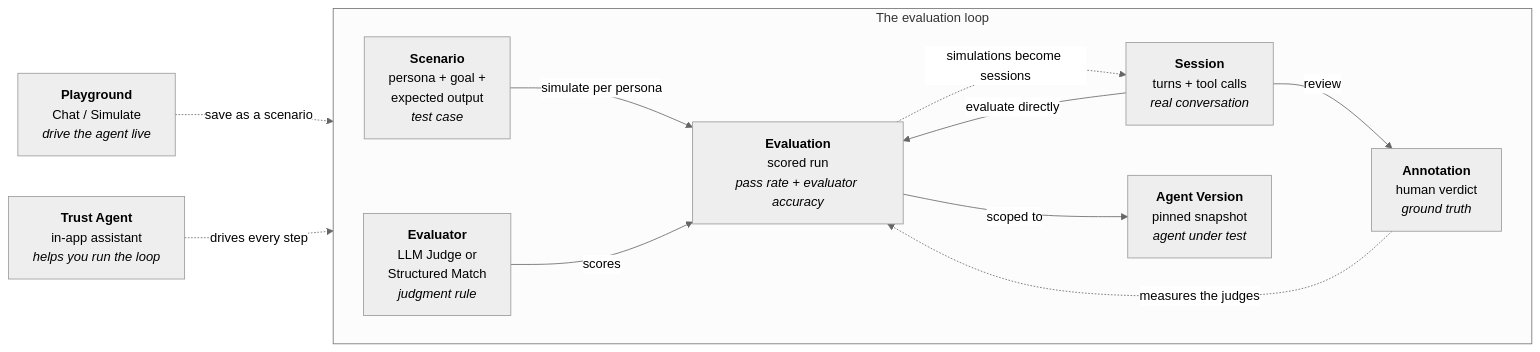
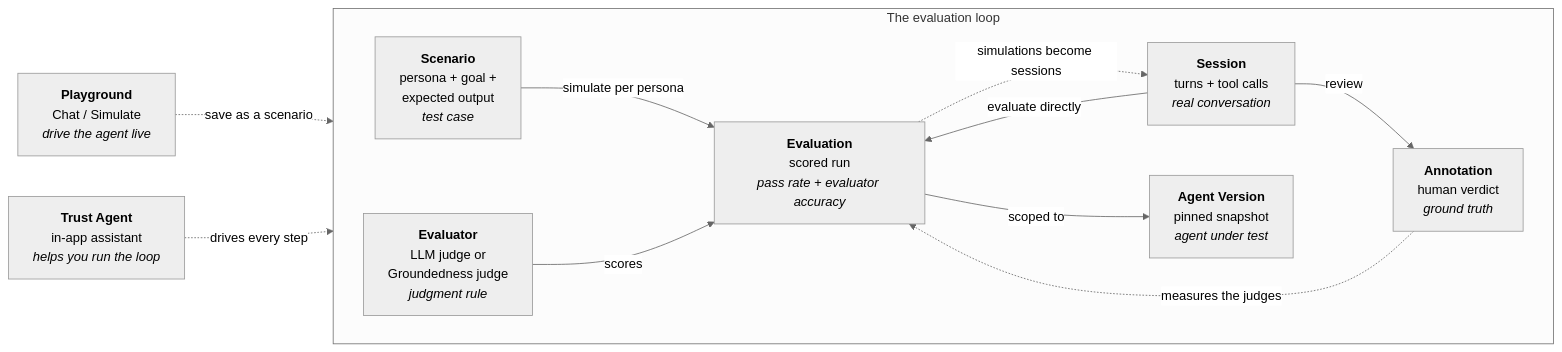
Before and after one commit to Provar-TrustAI/docs: the diagram in concepts/overview.mdx, drawn with Mermaid (neutral theme). The commit also changed other lines of this file, not shown here.

````diff
--- a/concepts/overview.mdx
+++ b/concepts/overview.mdx
@@ -43,26 +43,26 @@
 ```mermaid
 flowchart LR
     subgraph loop["The evaluation loop"]
         direction LR
         C["<b>Scenario</b><br/>persona + goal +<br/>expected output<br/><i>test case</i>"]
         S["<b>Session</b><br/>turns + tool calls<br/><i>real conversation</i>"]
         A["<b>Annotation</b><br/>human verdict<br/><i>ground truth</i>"]
-        E["<b>Evaluator</b><br/>LLM Judge or<br/>Structured Match<br/><i>judgment rule</i>"]
+        E["<b>Evaluator</b><br/>LLM judge or<br/>Groundedness judge<br/><i>judgment rule</i>"]
         R["<b>Evaluation</b><br/>scored run<br/><i>pass rate + evaluator accuracy</i>"]
         V["<b>Agent Version</b><br/>pinned snapshot<br/><i>agent under test</i>"]
 
         C -->|simulate per persona| R
         S -->|evaluate directly| R
         E -->|scores| R
         R -->|scoped to| V
         S -->|review| A
         A -.->|measures the judges| R
         R -.->|simulations become sessions| S
     end
 
     P["<b>Playground</b><br/>Chat / Simulate<br/><i>drive the agent live</i>"]
     TA["<b>Trust Agent</b><br/>in-app assistant<br/><i>helps you run the loop</i>"]
 
     P -.->|save as a scenario| C
     TA -.->|drives every step| loop
 ```
````
